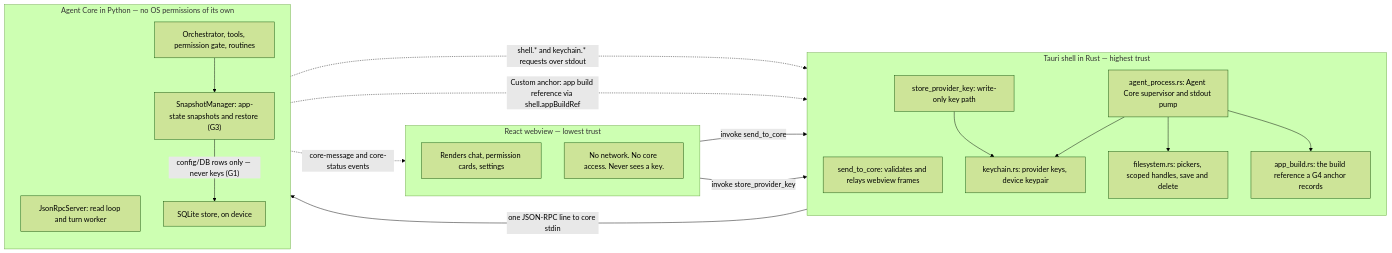
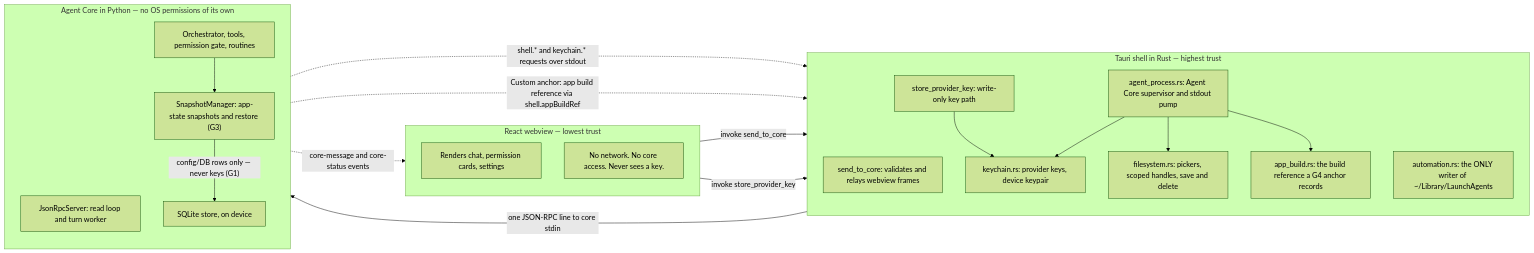
One commit to N041M/Addison changed the first of 4 diagrams in docs/architecture.md. Above: the diagram before and after it, drawn with Mermaid (forest theme). The commit also changed other lines of this file and 44 other files, not shown here.

````diff
--- a/docs/architecture.md
+++ b/docs/architecture.md
@@ -22,42 +22,43 @@
 ```mermaid
 %% LR, deliberately: the core->shell callback edges make a rank cycle that, in a
 %% TB layout, scrambles the bands and routes edges through the shell subgraph's
 %% title text. Left-to-right, every edge lands in open space.
 flowchart LR
     subgraph webview["React webview — lowest trust"]
         direction TB
         UIrender["Renders chat, permission cards, settings"]
         UInote["No network. No core access. Never sees a key."]
     end
 
     subgraph shell["Tauri shell in Rust — highest trust"]
         direction TB
         SendCmd["send_to_core: validates and relays webview frames"]
         StoreKeyCmd["store_provider_key: write-only key path"]
         Supervisor["agent_process.rs: Agent Core supervisor and stdout pump"]
         Keychain["keychain.rs: provider keys, device keypair"]
         Filesystem["filesystem.rs: pickers, scoped handles, save and delete"]
         AppBuild["app_build.rs: the build reference a G4 anchor records"]
+        Automation["automation.rs: the ONLY writer of ~/Library/LaunchAgents"]
     end
 
     subgraph core["Agent Core in Python — no OS permissions of its own"]
         direction TB
         Server["JsonRpcServer: read loop and turn worker"]
         Engine["Orchestrator, tools, permission gate, routines"]
         Snapshots["SnapshotManager: app-state snapshots and restore (G3)"]
         Store["SQLite store, on device"]
     end
 
     UIrender -->|"invoke send_to_core"| SendCmd
     UIrender -->|"invoke store_provider_key"| StoreKeyCmd
     SendCmd -->|"one JSON-RPC line to core stdin"| Server
     Server -.->|"core-message and core-status events"| UIrender
     Engine -.->|"shell.* and keychain.* requests over stdout"| Supervisor
     Engine --> Snapshots
     Snapshots -->|"config/DB rows only — never keys (G1)"| Store
     Snapshots -.->|"Custom anchor: app build reference via shell.appBuildRef"| Supervisor
     Supervisor --> Keychain
     Supervisor --> Filesystem
     Supervisor --> AppBuild
     StoreKeyCmd --> Keychain
 ```
````
